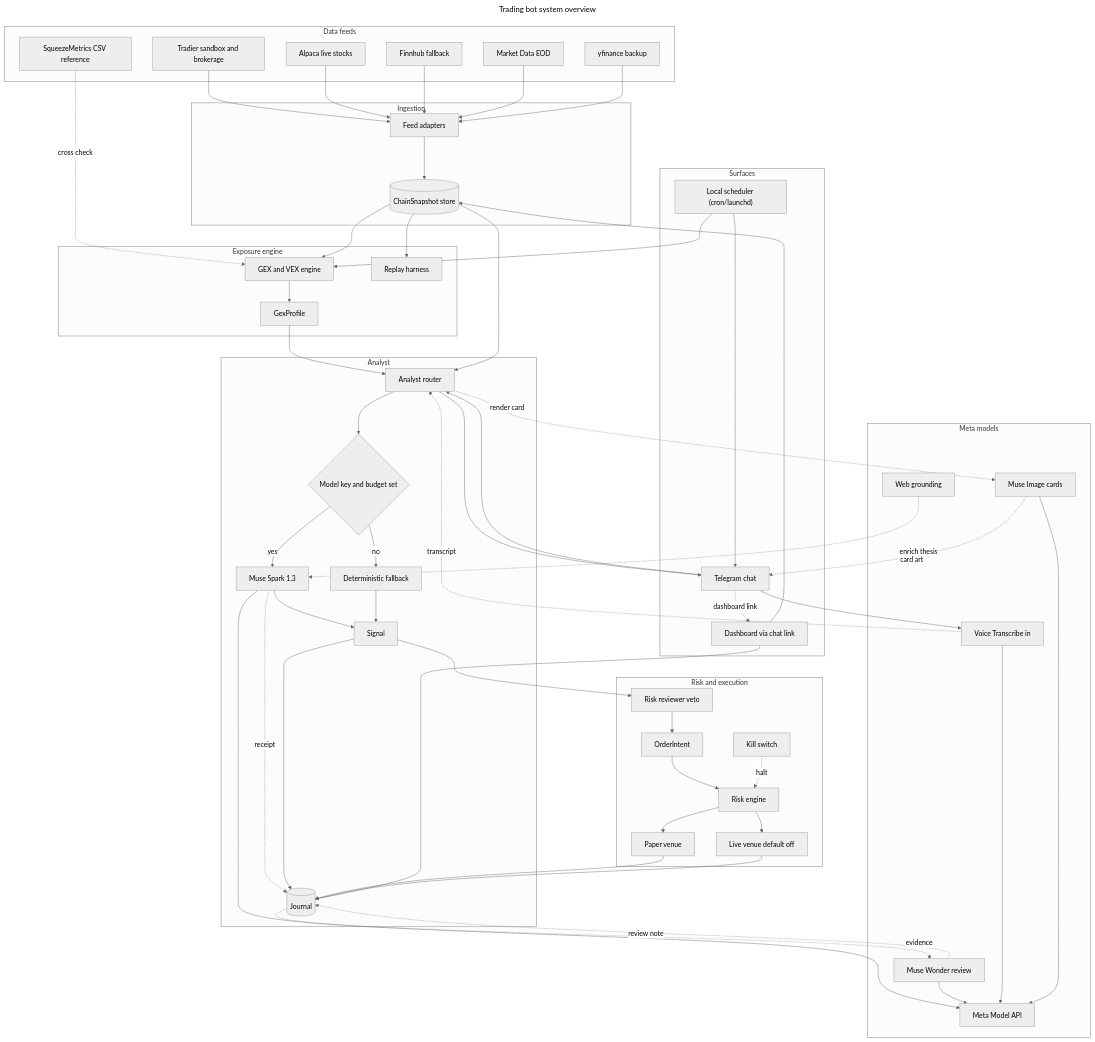
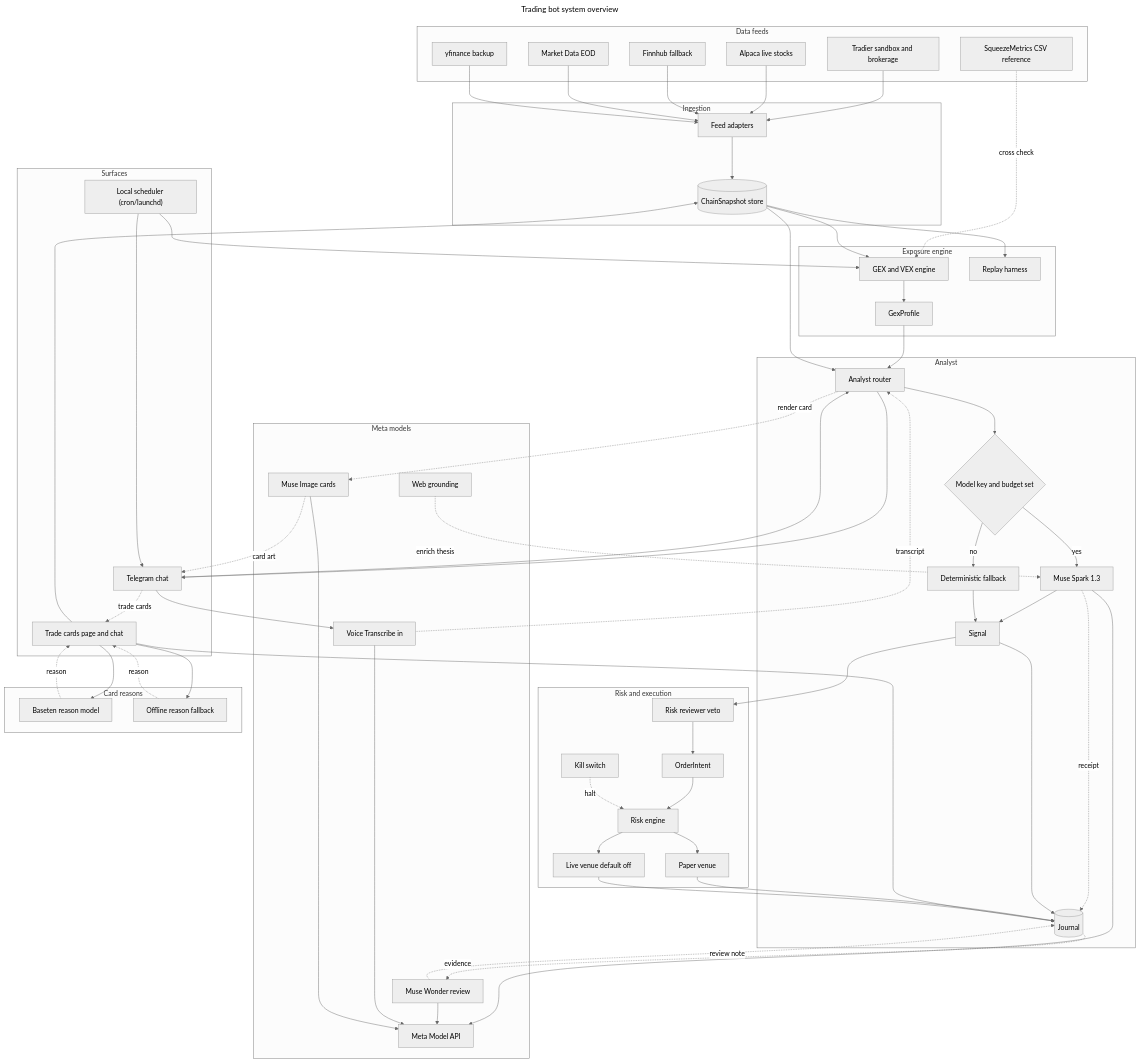
One commit to oherna25/trading_bot_project changed the diagram in diagrams/01-system-overview.mmd. Above: the diagram before and after it, drawn with Mermaid (neutral theme). The commit also changed 31 other files, not shown here.

First line of the commit message:
Replace dashboard with trade cards and Baseten reason model

```diff
--- a/diagrams/01-system-overview.mmd
+++ b/diagrams/01-system-overview.mmd
@@ -1,101 +1,110 @@
 ---
 title: Trading bot system overview
 ---
 flowchart TB
     subgraph FEEDS["Data feeds"]
         TRADIER["Tradier sandbox and brokerage"]
         ALPACA["Alpaca live stocks"]
         FINNHUB["Finnhub fallback"]
         EOD["Market Data EOD"]
         YF["yfinance backup"]
         SQZ["SqueezeMetrics CSV reference"]
     end
 
     subgraph INGEST["Ingestion"]
         ADAPT["Feed adapters"]
         STORE[("ChainSnapshot store")]
     end
 
     subgraph ENGINE["Exposure engine"]
         GEX["GEX and VEX engine"]
         PROF["GexProfile"]
         REPLAY["Replay harness"]
     end
 
     subgraph BRAIN["Analyst"]
         LLM["Analyst router"]
         BUDG{"Model key and budget set"}
         SPARK["Muse Spark 1.3"]
         FALL["Deterministic fallback"]
         SIG["Signal"]
         JOUR[("Journal")]
     end
 
     subgraph MODELS["Meta models"]
         API["Meta Model API"]
         GROUND["Web grounding"]
         VOICE["Voice Transcribe in"]
         IMG["Muse Image cards"]
         WONDER["Muse Wonder review"]
     end
 
     subgraph RISK["Risk and execution"]
         REV["Risk reviewer veto"]
         INTENT["OrderIntent"]
         RENG["Risk engine"]
         PAPER["Paper venue"]
         LIVE["Live venue default off"]
         KILL["Kill switch"]
     end
 
     subgraph SURF["Surfaces"]
         CHAT["Telegram chat"]
-        DASH["Dashboard via chat link"]
+        CARDS["Trade cards page and chat"]
         CRON["Local scheduler (cron/launchd)"]
+    end
+
+    subgraph REAS["Card reasons"]
+        BASETEN["Baseten reason model"]
+        RFALL["Offline reason fallback"]
     end
 
     TRADIER --> ADAPT
     ALPACA --> ADAPT
     FINNHUB --> ADAPT
     EOD --> ADAPT
     YF --> ADAPT
     SQZ -. cross check .-> GEX
     ADAPT --> STORE
     STORE --> GEX
     GEX --> PROF
     STORE --> REPLAY
     PROF --> LLM
     STORE --> LLM
     LLM --> BUDG
     BUDG -->|yes| SPARK
     BUDG -->|no| FALL
     SPARK --> API
     GROUND -. enrich thesis .-> SPARK
     SPARK --> SIG
     FALL --> SIG
     SPARK -. receipt .-> JOUR
     SIG --> JOUR
     SIG --> REV
     REV --> INTENT
     INTENT --> RENG
     RENG --> PAPER
     RENG --> LIVE
     PAPER --> JOUR
     LIVE --> JOUR
     KILL -. halt .-> RENG
     JOUR -. evidence .-> WONDER
     WONDER --> API
     WONDER -. review note .-> JOUR
     CHAT --> VOICE
     VOICE --> API
     VOICE -. transcript .-> LLM
     LLM -. render card .-> IMG
     IMG --> API
     IMG -. card art .-> CHAT
     CRON --> GEX
     CRON --> CHAT
     CHAT --> LLM
     LLM --> CHAT
-    CHAT -. dashboard link .-> DASH
-    DASH --> STORE
-    DASH --> JOUR
+    CHAT -. trade cards .-> CARDS
+    CARDS --> STORE
+    CARDS --> JOUR
+    CARDS --> BASETEN
+    CARDS --> RFALL
+    BASETEN -. reason .-> CARDS
+    RFALL -. reason .-> CARDS
```
